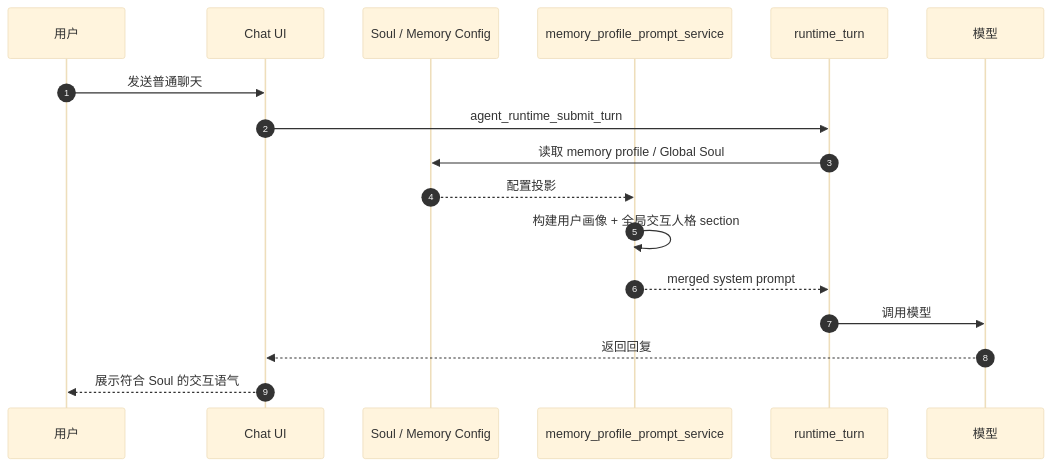
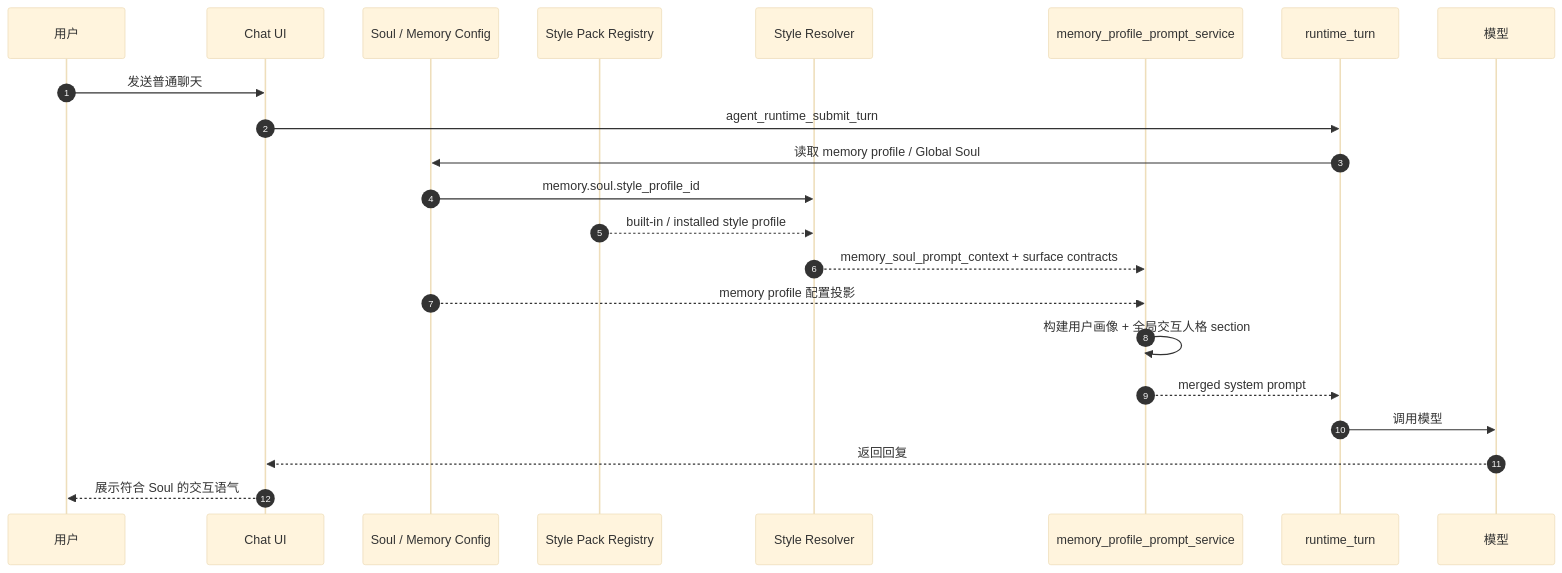
One commit to jiujuan/lime changed the fifth of 10 diagrams in internal/roadmap/soul/diagrams.md. Above: the diagram before and after it, drawn with Mermaid (base theme). The commit also changed other lines of this file and 706 other files, not shown here.

````diff
--- a/internal/roadmap/soul/diagrams.md
+++ b/internal/roadmap/soul/diagrams.md
@@ -169,20 +174,25 @@
 ```mermaid
 sequenceDiagram
   autonumber
   participant U as 用户
   participant UI as Chat UI
   participant Config as Soul / Memory Config
+  participant Registry as Style Pack Registry
+  participant Resolver as Style Resolver
   participant Prompt as memory_profile_prompt_service
   participant Runtime as runtime_turn
   participant Model as 模型
 
   U->>UI: 发送普通聊天
   UI->>Runtime: agent_runtime_submit_turn
   Runtime->>Config: 读取 memory profile / Global Soul
-  Config-->>Prompt: 配置投影
+  Config->>Resolver: memory.soul.style_profile_id
+  Registry-->>Resolver: built-in / installed style profile
+  Resolver-->>Prompt: memory_soul_prompt_context + surface contracts
+  Config-->>Prompt: memory profile 配置投影
   Prompt->>Prompt: 构建用户画像 + 全局交互人格 section
   Prompt-->>Runtime: merged system prompt
   Runtime->>Model: 调用模型
   Model-->>UI: 返回回复
   UI-->>U: 展示符合 Soul 的交互语气
 ```
````
